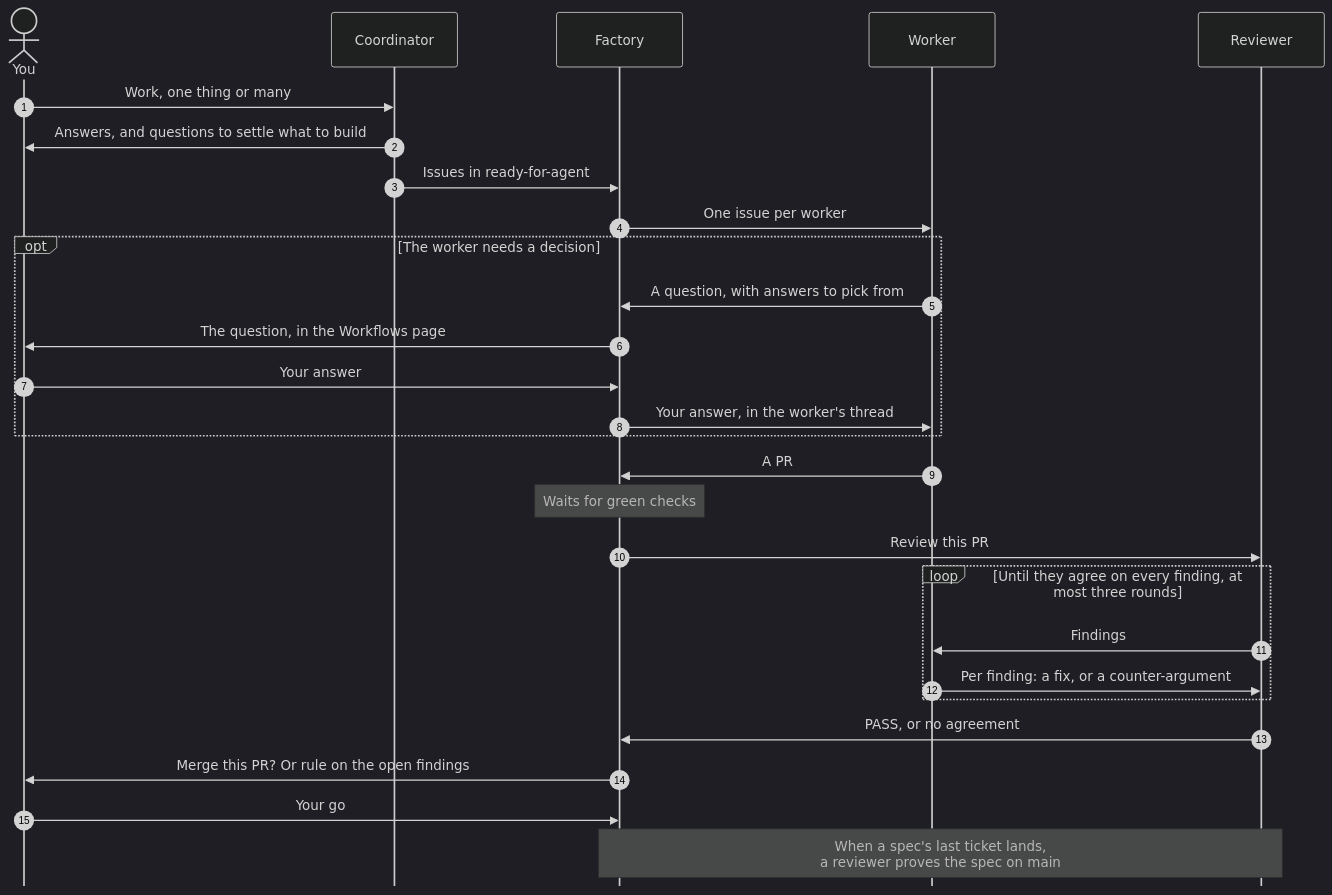
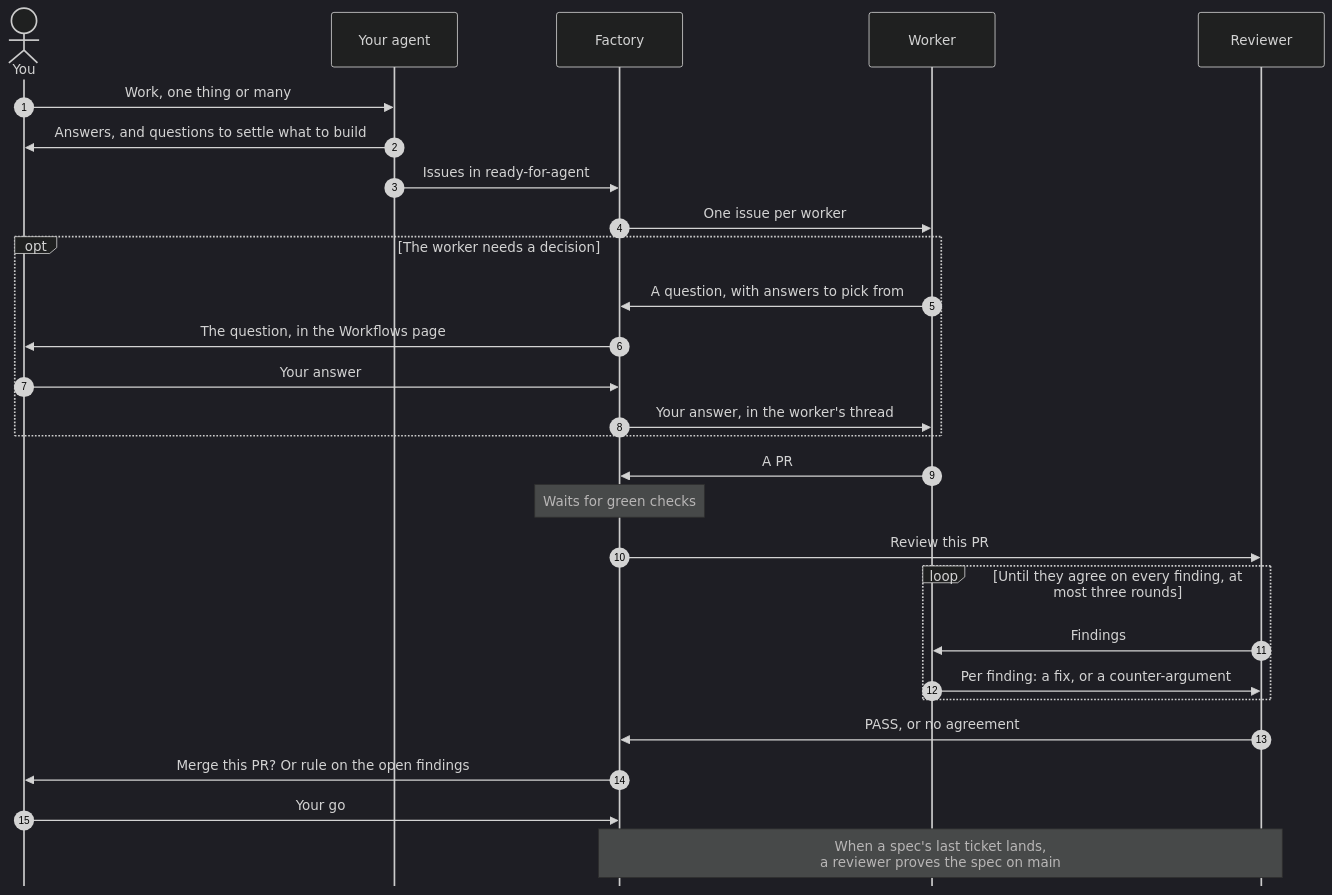
One commit to dante-sparras/skills changed the diagram in README.md. Above: the diagram before and after it, drawn with Mermaid (dark theme). The commit also changed other lines of this file and 15 other files, not shown here.

````diff
--- a/README.md
+++ b/README.md
@@ -34,32 +34,32 @@
 ```mermaid
 %%{init: {"sequence": {"mirrorActors": false}}}%%
 sequenceDiagram
     autonumber
     actor You
-    participant C as Coordinator
+    participant C as Your agent
     participant F as Factory
     participant W as Worker
     participant R as Reviewer
 
     You->>C: Work, one thing or many
     C->>You: Answers, and questions to settle what to build
     C->>F: Issues in ready-for-agent
     F->>W: One issue per worker
     opt The worker needs a decision
         W->>F: A question, with answers to pick from
         F->>You: The question, in the Workflows page
         You->>F: Your answer
         F->>W: Your answer, in the worker's thread
     end
     W->>F: A PR
     Note over F: Waits for green checks
     F->>R: Review this PR
     loop Until they agree on every finding, at most three rounds
         R->>W: Findings
         W->>R: Per finding: a fix, or a counter-argument
     end
     R->>F: PASS, or no agreement
     F->>You: Merge this PR? Or rule on the open findings
     You->>F: Your go
     Note over F,R: When a spec's last ticket lands,<br/>a reviewer proves the spec on main
 ```
````
